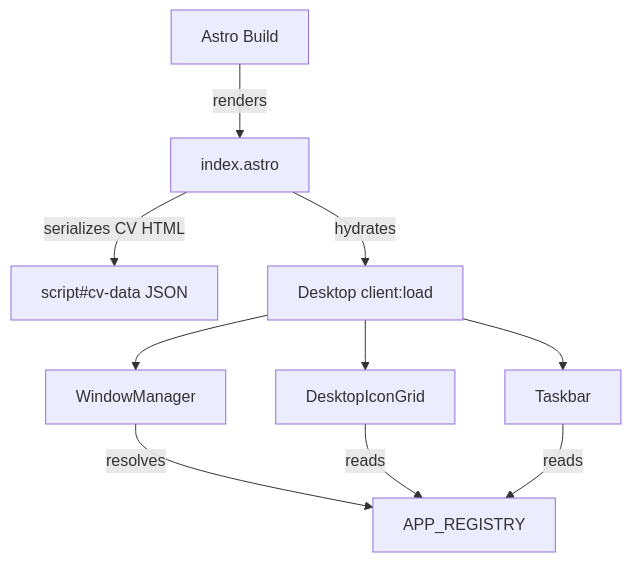
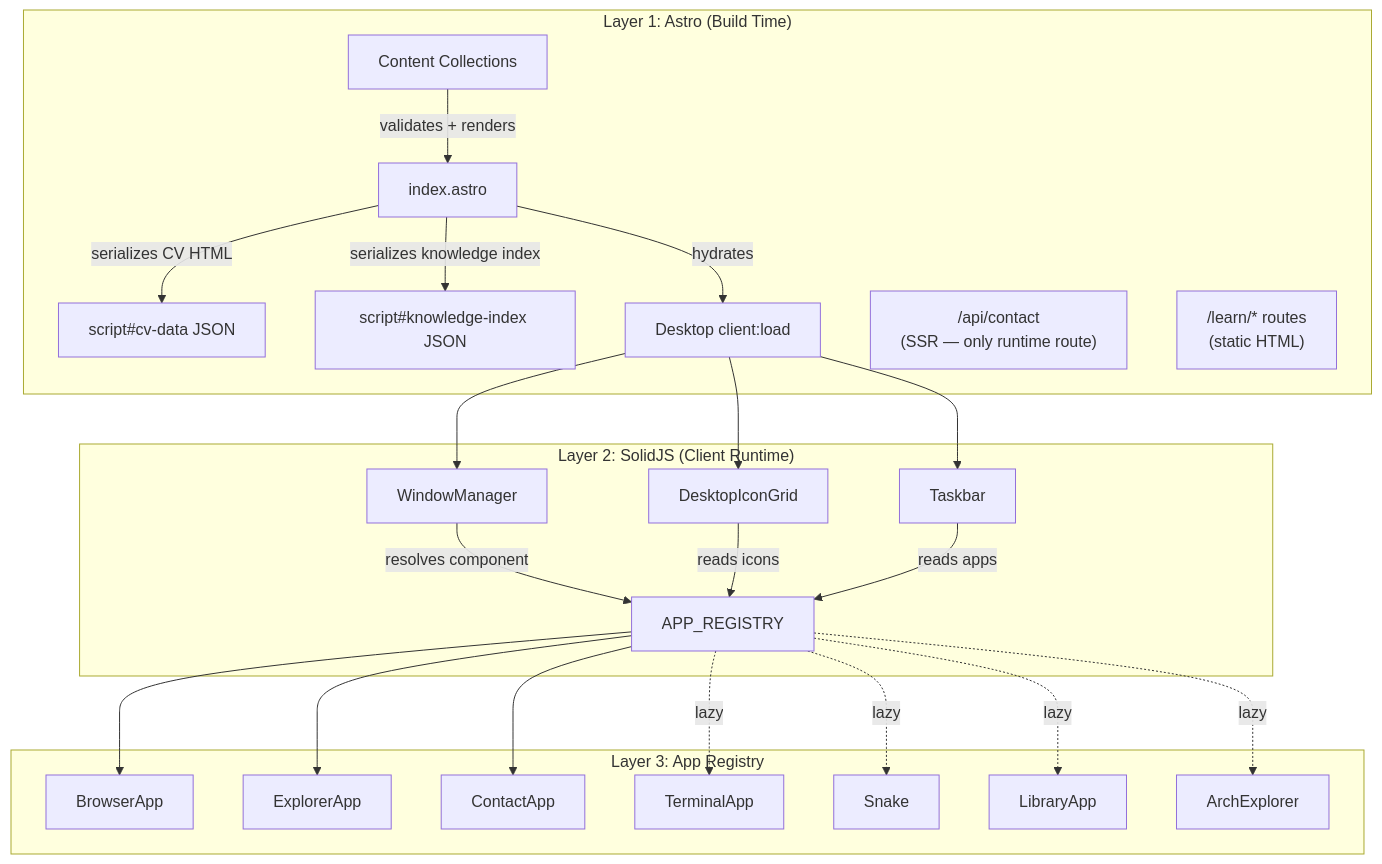
Before and after one commit to dmytrolesyk/playground-platform: the first of 3 diagrams in src/content/knowledge/architecture/overview.md, drawn with Mermaid. The commit also changed other lines of this file and 5 other files, not shown here.

First line of the commit message:
feat(knowledge): Wave 2 — enrich 6 architecture articles

````diff
--- a/src/content/knowledge/architecture/overview.md
+++ b/src/content/knowledge/architecture/overview.md
@@ -26,12 +59,31 @@
 ```mermaid
 graph TD
-    A[Astro Build] -->|renders| B[index.astro]
-    B -->|serializes CV HTML| C[script#cv-data JSON]
-    B -->|hydrates| D[Desktop client:load]
-    D --> E[DesktopIconGrid]
-    D --> F[WindowManager]
-    D --> G[Taskbar]
-    F -->|resolves| H[APP_REGISTRY]
-    E -->|reads| H
-    G -->|reads| H
+    subgraph "Layer 1: Astro (Build Time)"
+        CC[Content Collections] -->|validates + renders| IA[index.astro]
+        IA -->|serializes CV HTML| JSON["script#cv-data JSON"]
+        IA -->|serializes knowledge index| KI["script#knowledge-index JSON"]
+        IA -->|hydrates| D["Desktop client:load"]
+        API["/api/contact<br/>(SSR — only runtime route)"]
+        LEARN["/learn/* routes<br/>(static HTML)"]
+    end
+
+    subgraph "Layer 2: SolidJS (Client Runtime)"
+        D --> DIG[DesktopIconGrid]
+        D --> WM[WindowManager]
+        D --> TB[Taskbar]
+        WM -->|resolves component| REG
+        DIG -->|reads icons| REG
+        TB -->|reads apps| REG
+    end
+
+    subgraph "Layer 3: App Registry"
+        REG[APP_REGISTRY]
+        REG --> BA[BrowserApp]
+        REG --> EA[ExplorerApp]
+        REG --> CA[ContactApp]
+        REG -.->|lazy| TA[TerminalApp]
+        REG -.->|lazy| SG[Snake]
+        REG -.->|lazy| LA[LibraryApp]
+        REG -.->|lazy| AE[ArchExplorer]
+    end
 ```
````
